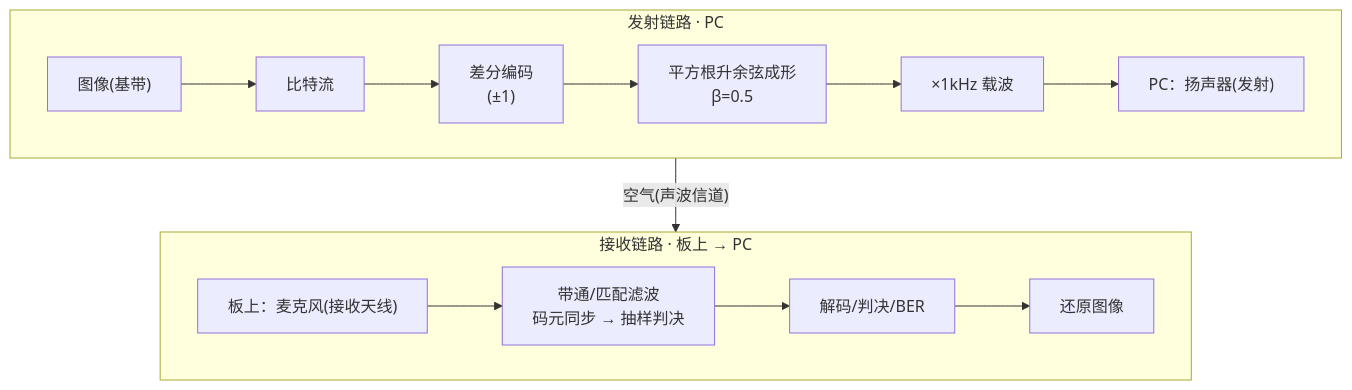
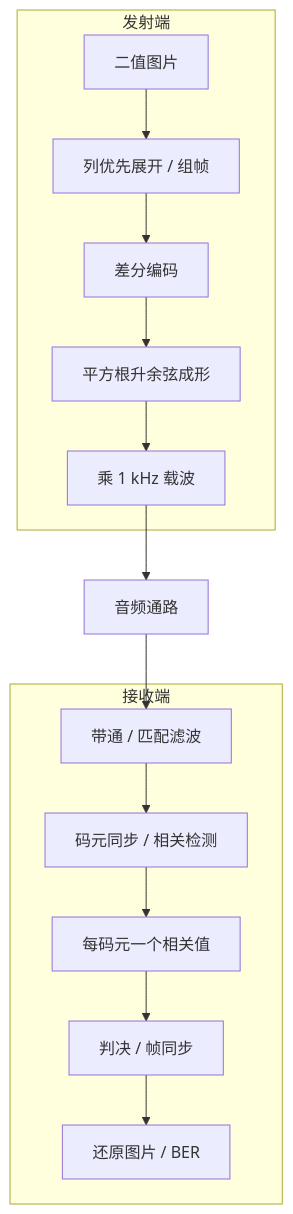
Before and after one commit to padhialuo0426/portable-acoustic-sdr: the diagram in documents/实验二_DPSK.md, drawn with Mermaid. The commit also changed other lines of this file and 12 other files, not shown here.

````diff
--- a/documents/实验二_DPSK.md
+++ b/documents/实验二_DPSK.md
@@ -11,12 +9,15 @@
 ```mermaid
 flowchart TB
-    subgraph TX["发射链路 · PC"]
-        direction LR
-        img["图像(基带)"] --> bits["比特流"] --> diff["差分编码<br/>(±1)"] --> shape["平方根升余弦成形<br/>β=0.5"] --> mod["×1kHz 载波"] --> spk["PC：扬声器(发射)"]
+    subgraph TX["发射端"]
+        img["二值图片"] --> frame["列优先展开 / 组帧"]
+        frame --> diff["差分编码"] --> rrc["平方根升余弦成形"]
+        rrc --> carrier["乘 1 kHz 载波"]
     end
-    subgraph RX["接收链路 · 板上 → PC"]
-        direction LR
-        mic["板上：麦克风(接收天线)"] --> det["带通/匹配滤波<br/>码元同步 → 抽样判决"] --> dec["解码/判决/BER"] --> out["还原图像"]
+    carrier --> channel["音频通路"]
+    subgraph RX["接收端"]
+        filter["带通 / 匹配滤波"] --> timing["码元同步 / 相关检测"]
+        timing --> values["每码元一个相关值"]
+        values --> sync["判决 / 帧同步"] --> image["还原图片 / BER"]
     end
-    spk -->|"空气(声波信道)"| mic
+    channel --> filter
 ```
````
